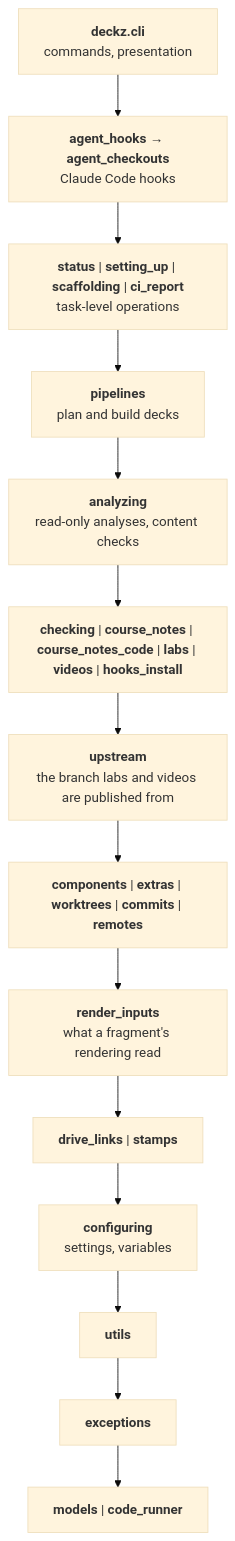
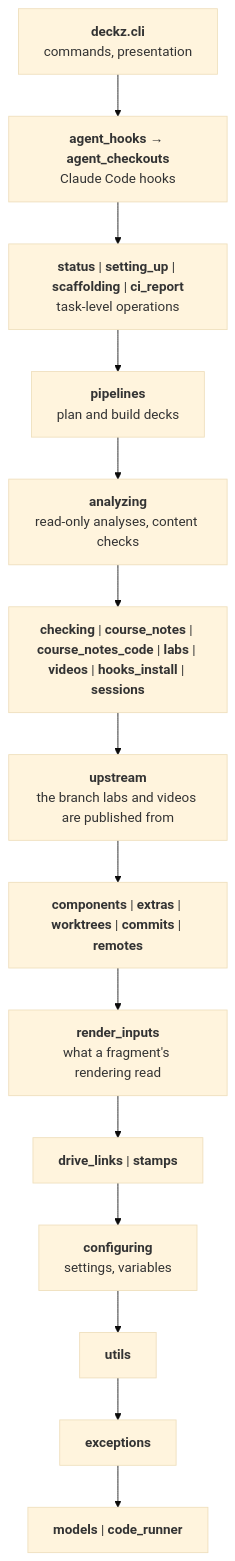
The second of 2 diagrams in docs/architecture/index.md (shuuchuu/deckz), drawn with Mermaid (base theme) before and after one commit. The commit also changed other lines of this file and 18 other files, not shown here.

````diff
--- a/docs/architecture/index.md
+++ b/docs/architecture/index.md
@@ -60,18 +60,18 @@
 ```mermaid
 flowchart TB
     cli["<b>deckz.cli</b><br/>commands, presentation"]
     agent["<b>agent_hooks</b> → <b>agent_checkouts</b><br/>Claude Code hooks"]
     tasks["<b>status</b> | <b>setting_up</b> | <b>scaffolding</b> | <b>ci_report</b><br/>task-level operations"]
     pipelines["<b>pipelines</b><br/>plan and build decks"]
     analyzing["<b>analyzing</b><br/>read-only analyses, content checks"]
-    mid["<b>checking</b> | <b>course_notes</b> | <b>course_notes_code</b> | <b>labs</b> | <b>videos</b> | <b>hooks_install</b>"]
+    mid["<b>checking</b> | <b>course_notes</b> | <b>course_notes_code</b> | <b>labs</b> | <b>videos</b> | <b>hooks_install</b> | <b>sessions</b>"]
     upstream["<b>upstream</b><br/>the branch labs and videos are published from"]
     components["<b>components</b> | <b>extras</b> | <b>worktrees</b> | <b>commits</b> | <b>remotes</b>"]
     inputs["<b>render_inputs</b><br/>what a fragment's rendering read"]
     low["<b>drive_links</b> | <b>stamps</b>"]
     configuring["<b>configuring</b><br/>settings, variables"]
     utils["<b>utils</b>"]
     exceptions["<b>exceptions</b>"]
     models["<b>models</b> | <b>code_runner</b>"]
     cli --> agent --> tasks --> pipelines --> analyzing --> mid --> upstream --> components --> inputs --> low --> configuring --> utils --> exceptions --> models
 ```
````
